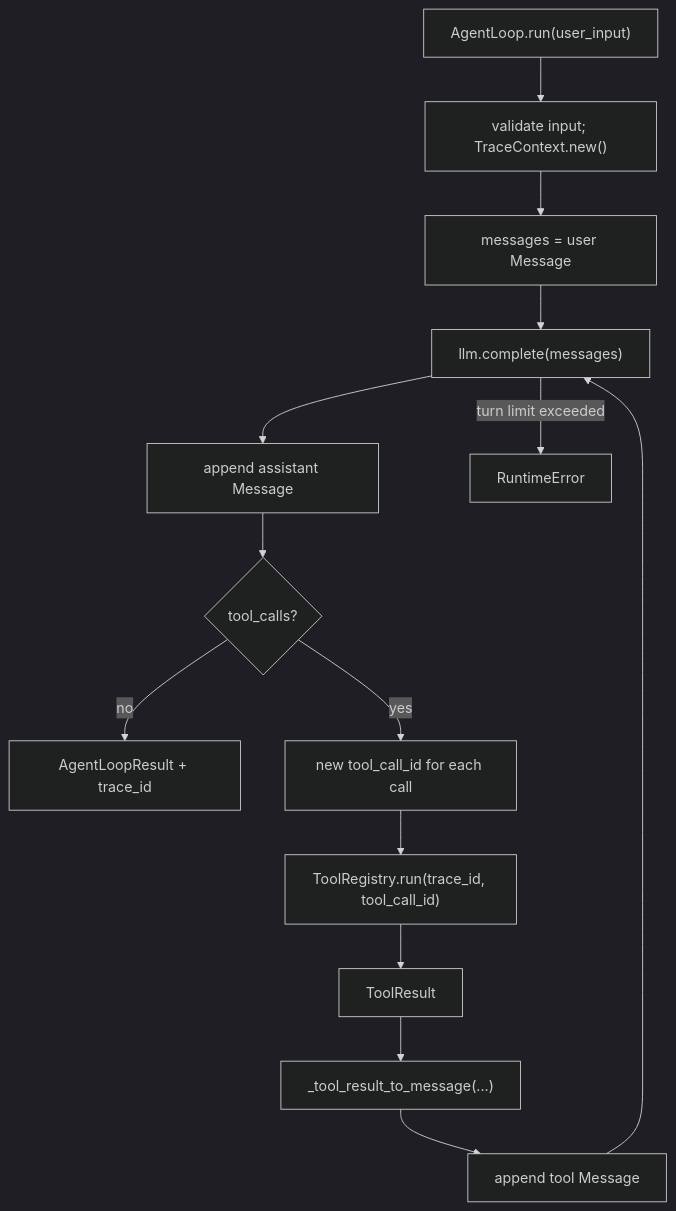
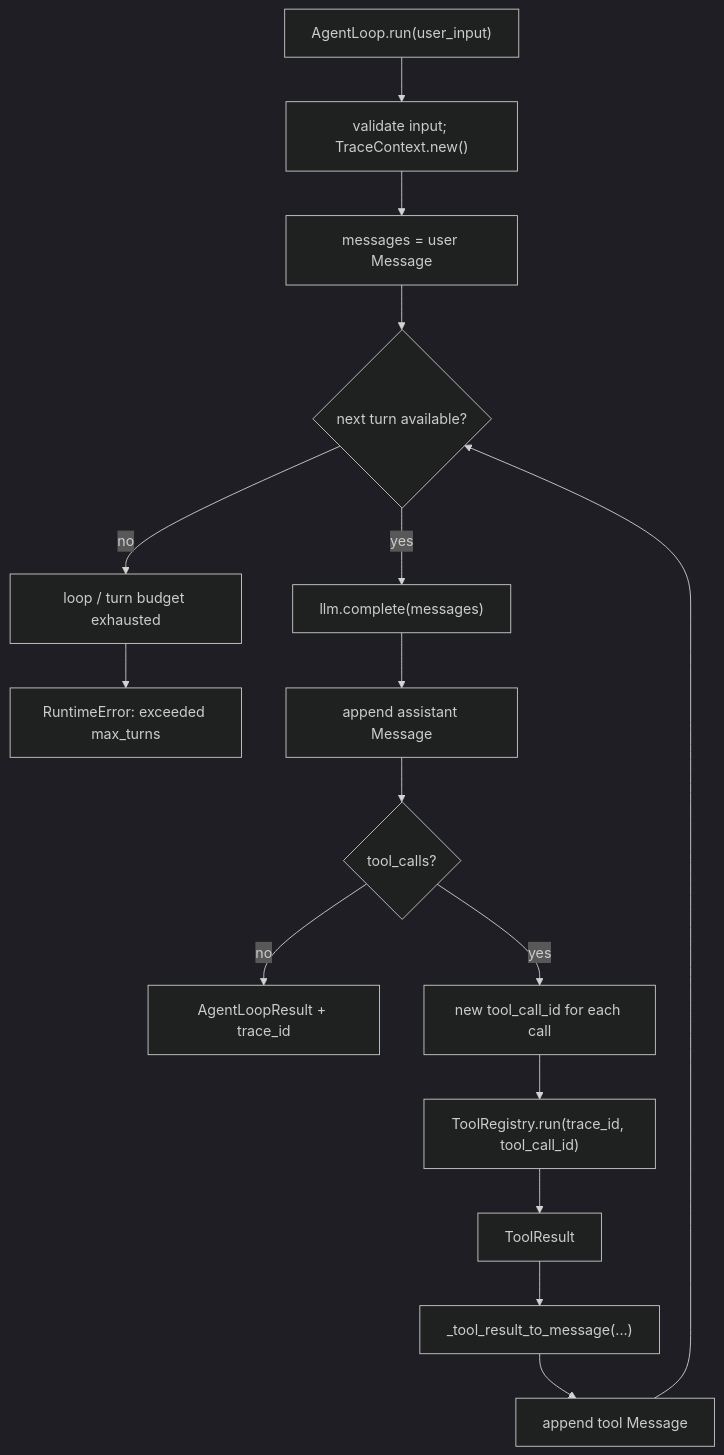
Before and after one commit to nanhanq1/personal-coding-assistant: the second of 6 diagrams in docs/18_IMPLEMENTED_MODULE_FLOWS.md, drawn with Mermaid (dark theme). The commit also changed other lines of this file, not shown here.

Commit message:
docs: clarify runtime and loop boundaries

````diff
--- a/docs/18_IMPLEMENTED_MODULE_FLOWS.md
+++ b/docs/18_IMPLEMENTED_MODULE_FLOWS.md
@@ -58,16 +58,18 @@
 ```mermaid
 flowchart TD
     A["AgentLoop.run(user_input)"] --> B["validate input; TraceContext.new()"]
     B --> C["messages = user Message"]
-    C --> D["llm.complete(messages)"]
+    C --> TB{"next turn available?"}
+    TB -->|"yes"| D["llm.complete(messages)"]
+    TB -->|"no"| M["loop / turn budget exhausted"]
+    M --> N["RuntimeError: exceeded max_turns"]
     D --> E["append assistant Message"]
     E --> F{"tool_calls?"}
     F -->|"no"| G["AgentLoopResult + trace_id"]
     F -->|"yes"| H["new tool_call_id for each call"]
     H --> I["ToolRegistry.run(trace_id, tool_call_id)"]
     I --> J["ToolResult"]
     J --> K["_tool_result_to_message(...)"]
     K --> L["append tool Message"]
-    L --> D
-    D -->|"turn limit exceeded"| M["RuntimeError"]
+    L --> TB
 ```
````
